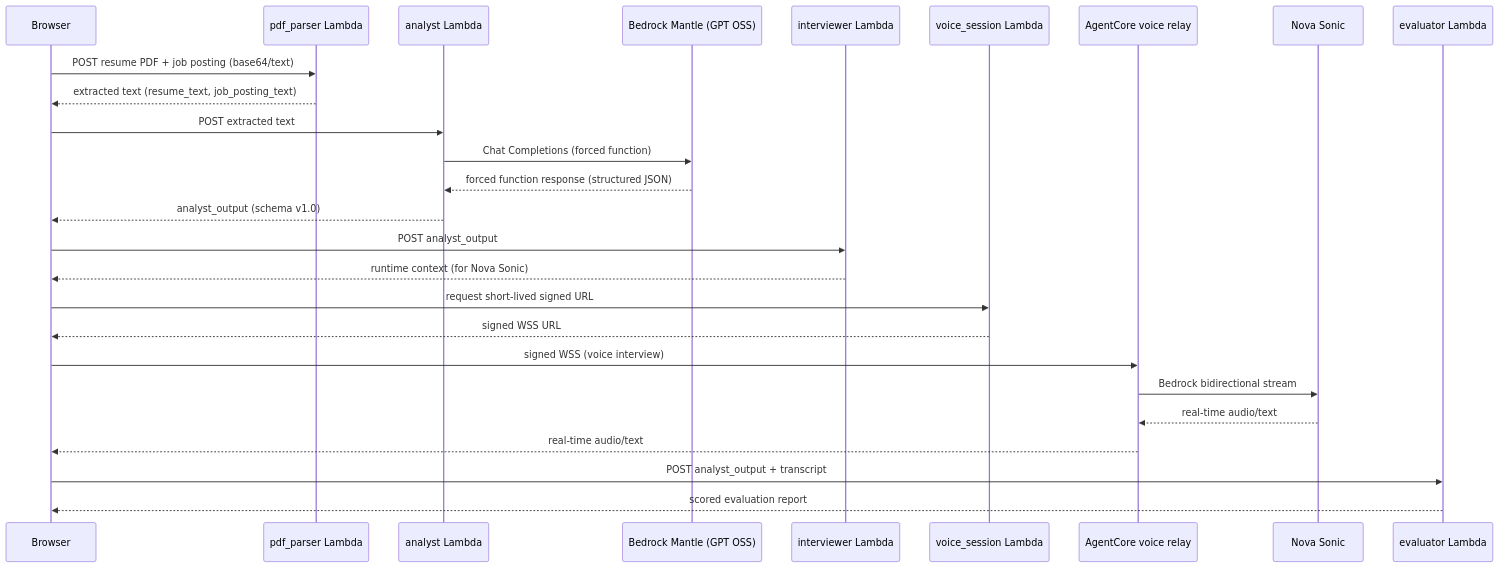
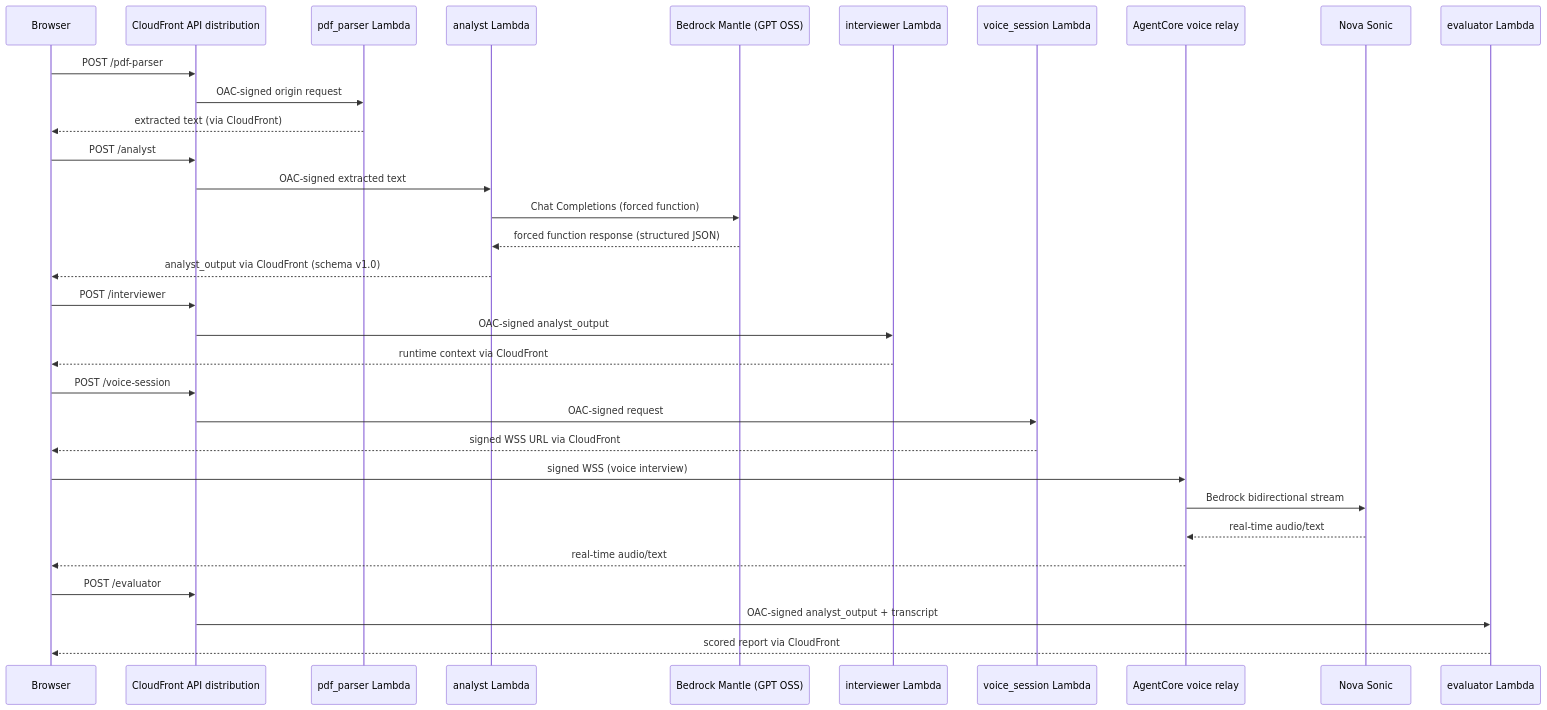
One commit to Jade-ok/CIC_mock-interview-coach changed the first of 2 diagrams in .kiro/specs/resume-analysis-pipeline/design.md. Above: the diagram before and after it, drawn with Mermaid. The commit also changed other lines of this file and 26 other files, not shown here.

Commit message:
docs: align guides with hosted architecture

````diff
--- a/.kiro/specs/resume-analysis-pipeline/design.md
+++ b/.kiro/specs/resume-analysis-pipeline/design.md
@@ -24,29 +24,35 @@
 ```mermaid
 sequenceDiagram
     participant Browser
+    participant CloudFront as CloudFront API distribution
     participant PdfParser as pdf_parser Lambda
     participant Analyst as analyst Lambda
     participant Bedrock as Bedrock Mantle (GPT OSS)
     participant Interviewer as interviewer Lambda
     participant VoiceSession as voice_session Lambda
     participant AgentCore as AgentCore voice relay
     participant NovaSonic as Nova Sonic
     participant Evaluator as evaluator Lambda
 
-    Browser->>PdfParser: POST resume PDF + job posting (base64/text)
-    PdfParser-->>Browser: extracted text (resume_text, job_posting_text)
-    Browser->>Analyst: POST extracted text
+    Browser->>CloudFront: POST /pdf-parser
+    CloudFront->>PdfParser: OAC-signed origin request
+    PdfParser-->>Browser: extracted text (via CloudFront)
+    Browser->>CloudFront: POST /analyst
+    CloudFront->>Analyst: OAC-signed extracted text
     Analyst->>Bedrock: Chat Completions (forced function)
     Bedrock-->>Analyst: forced function response (structured JSON)
-    Analyst-->>Browser: analyst_output (schema v1.0)
-    Browser->>Interviewer: POST analyst_output
-    Interviewer-->>Browser: runtime context (for Nova Sonic)
-    Browser->>VoiceSession: request short-lived signed URL
-    VoiceSession-->>Browser: signed WSS URL
+    Analyst-->>Browser: analyst_output via CloudFront (schema v1.0)
+    Browser->>CloudFront: POST /interviewer
+    CloudFront->>Interviewer: OAC-signed analyst_output
+    Interviewer-->>Browser: runtime context via CloudFront
+    Browser->>CloudFront: POST /voice-session
+    CloudFront->>VoiceSession: OAC-signed request
+    VoiceSession-->>Browser: signed WSS URL via CloudFront
     Browser->>AgentCore: signed WSS (voice interview)
     AgentCore->>NovaSonic: Bedrock bidirectional stream
     NovaSonic-->>AgentCore: real-time audio/text
     AgentCore-->>Browser: real-time audio/text
-    Browser->>Evaluator: POST analyst_output + transcript
-    Evaluator-->>Browser: scored evaluation report
+    Browser->>CloudFront: POST /evaluator
+    CloudFront->>Evaluator: OAC-signed analyst_output + transcript
+    Evaluator-->>Browser: scored report via CloudFront
 ```
````
